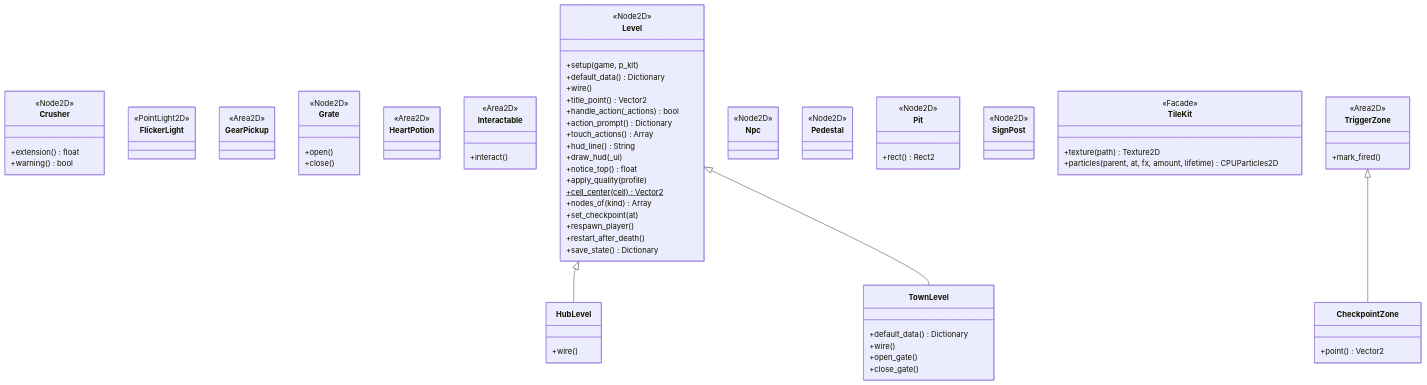
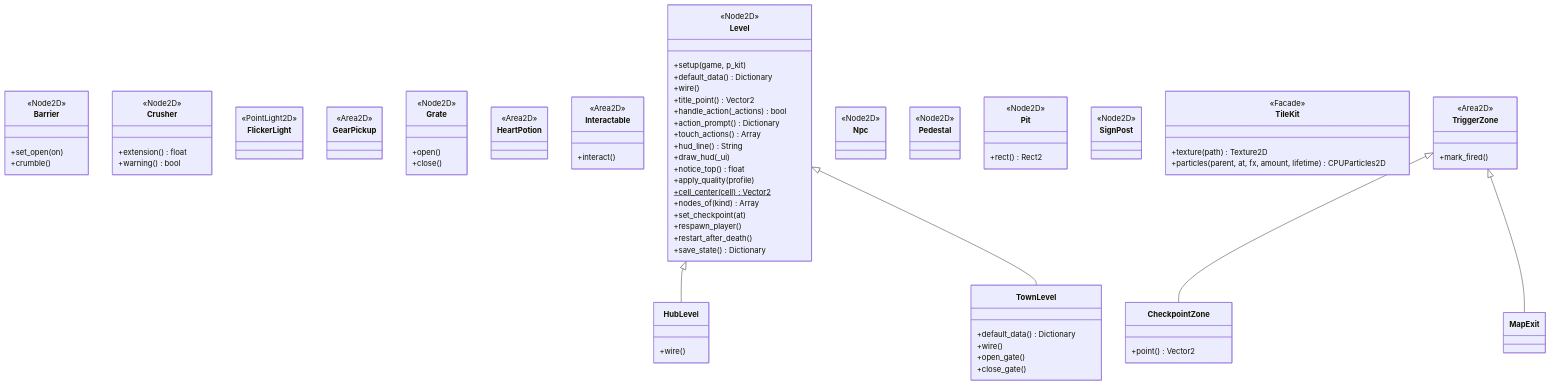
Before and after one commit to soyjuza/aritma: the ninth of 14 diagrams in docs/UML_COMPLETO.md, drawn with Mermaid. The commit also changed other lines of this file and 86 other files, not shown here.

````diff
--- a/docs/UML_COMPLETO.md
+++ b/docs/UML_COMPLETO.md
@@ -1370,5 +1453,10 @@
 ```mermaid
 classDiagram
+    class Barrier {
+        <<Node2D>>
+        +set_open(on)
+        +crumble()
+    }
     class CheckpointZone {
         +point() Vector2
     }
@@ -1418,6 +1506,8 @@
         +restart_after_death()
         +save_state() Dictionary
     }
+    class MapExit {
+    }
     class Npc {
         <<Node2D>>
     }
@@ -1448,5 +1538,6 @@
     }
     TriggerZone <|-- CheckpointZone
     Level <|-- HubLevel
+    TriggerZone <|-- MapExit
     Level <|-- TownLevel
 ```
````
